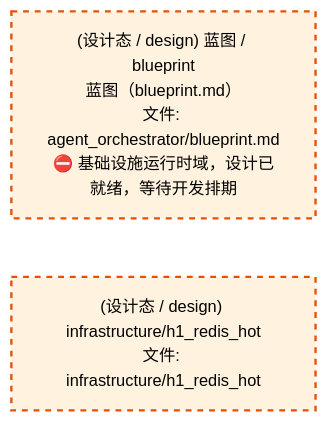
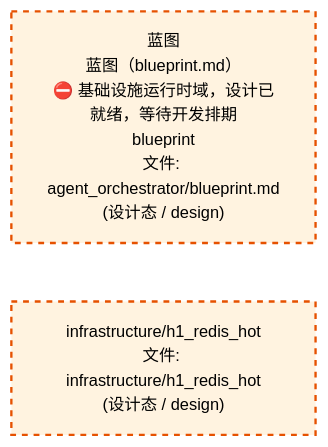
One commit to xuanFelixVan/ZephyrAlpha changed the third of 4 diagrams in docs/02_enterprise_architecture/02_domain_architecture_docs/06_d_infra_runtime.md. Above: the diagram before and after it, drawn with Mermaid. The commit also changed other lines of this file and 62 other files, not shown here.

````diff
--- a/docs/02_enterprise_architecture/02_domain_architecture_docs/06_d_infra_runtime.md
+++ b/docs/02_enterprise_architecture/02_domain_architecture_docs/06_d_infra_runtime.md
@@ -1057,12 +1058,12 @@
 ```mermaid
 %%{init: {'theme': 'base', 'themeVariables': {'primaryColor': '#eaeaea', 'primaryTextColor': '#333333', 'primaryBorderColor': '#666666', 'lineColor': '#666666', 'secondaryColor': '#eaeaea', 'tertiaryColor': '#eaeaea', 'fontSize': '14px'}}}%%
 flowchart TD
-    docs_03_modules_cross_layer_agent_orchestrator_blueprint_md["(设计态 / design) 蓝图 / blueprint<br/>蓝图（blueprint.md）<br/>文件: agent_orchestrator/blueprint.md<br/>⛔ 基础设施运行时域，设计已就绪，等待开发排期"]
-    src_zephyr_infrastructure_h1_redis_hot["(设计态 / design) infrastructure/h1_redis_hot<br/>文件: infrastructure/h1_redis_hot"]
+    docs_03_modules_cross_layer_agent_orchestrator_blueprint_md["蓝图<br/>蓝图（blueprint.md）<br/>⛔ 基础设施运行时域，设计已就绪，等待开发排期<br/>blueprint<br/>文件: agent_orchestrator/blueprint.md<br/>(设计态 / design)"]
+    src_zephyr_infrastructure_h1_redis_hot["infrastructure/h1_redis_hot<br/>文件: infrastructure/h1_redis_hot<br/>(设计态 / design)"]
     docs_03_modules_cross_layer_agent_orchestrator_blueprint_md ~~~ src_zephyr_infrastructure_h1_redis_hot
     classDef production fill:#e1f5fe,stroke:#01579b,stroke-width:2px,color:#000
     classDef design fill:#fff3e0,stroke:#e65100,stroke-width:2px,color:#000,stroke-dasharray: 5 5
     classDef external_prod fill:#e8f4fd,stroke:#0277bd,stroke-width:1px,color:#000
     classDef external_design fill:#fff8e7,stroke:#ef6c00,stroke-width:1px,color:#000,stroke-dasharray: 5 5
     class docs_03_modules_cross_layer_agent_orchestrator_blueprint_md,src_zephyr_infrastructure_h1_redis_hot design
 ```
````
